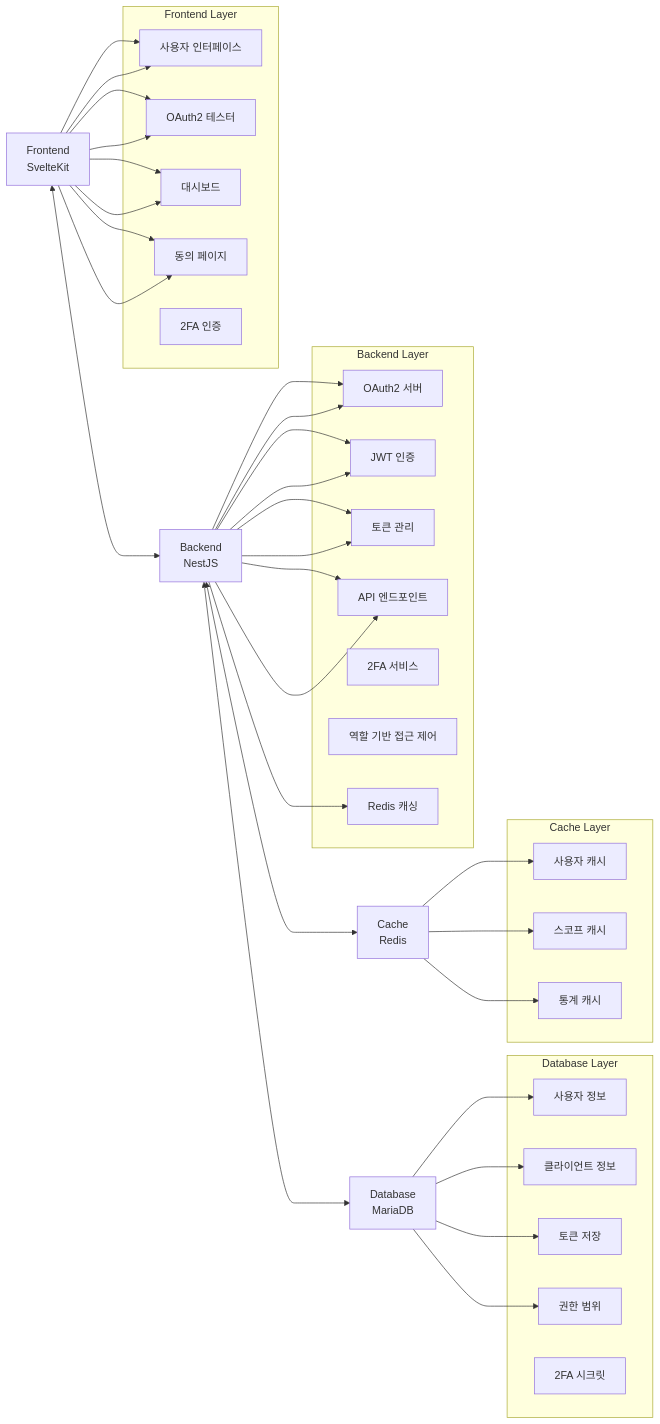
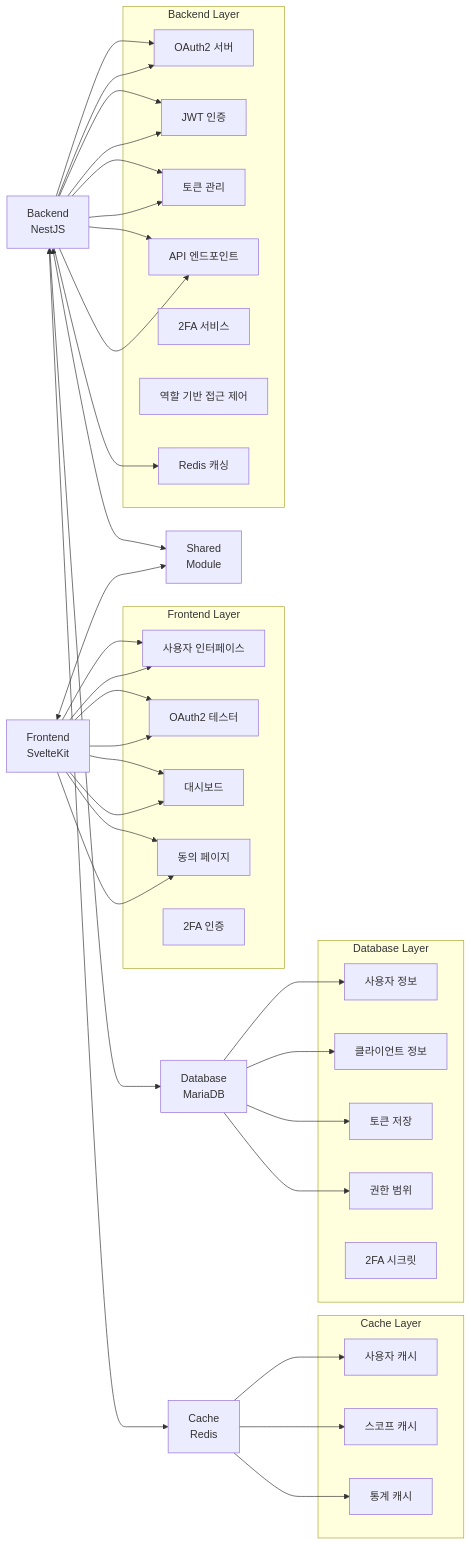
The diagram in README.md (vientofactory/FlowAuth), drawn with Mermaid before and after one commit. The commit also changed other lines of this file, not shown here.

Commit message:
Add shared module for centralized permissions and utility functions

````diff
--- a/README.md
+++ b/README.md
@@ -34,73 +35,75 @@
 ```mermaid
 flowchart LR
    FE[Frontend<br/>SvelteKit]
    BE[Backend<br/>NestJS]
+   SHARED[Shared<br/>Module]
    DB[Database<br/>MariaDB]
    REDIS[Cache<br/>Redis]
 
-   FE <--> BE
+   FE <--> SHARED
+   BE <--> SHARED
    BE <--> DB
    BE <--> REDIS
 
    subgraph "Frontend Layer"
       FE_UI[사용자 인터페이스]
       FE_Tester[OAuth2 테스터]
       FE_Dashboard[대시보드]
       FE_Consent[동의 페이지]
       FE_2FA[2FA 인증]
    end
 
    subgraph "Backend Layer"
       BE_OAuth2[OAuth2 서버]
       BE_JWT[JWT 인증]
       BE_Token[토큰 관리]
       BE_API[API 엔드포인트]
       BE_2FA[2FA 서비스]
       BE_RBAC[역할 기반 접근 제어]
       BE_Cache[Redis 캐싱]
    end
 
    subgraph "Database Layer"
       DB_User[사용자 정보]
       DB_Client[클라이언트 정보]
       DB_Token[토큰 저장]
       DB_Scope[권한 범위]
       DB_2FA[2FA 시크릿]
    end
 
    FE --> FE_UI
    FE --> FE_Tester
    FE --> FE_Dashboard
    FE --> FE_Consent
 
    BE --> BE_OAuth2
    BE --> BE_JWT
    BE --> BE_Token
    BE --> BE_API
 
    subgraph "Cache Layer"
       CACHE_User[사용자 캐시]
       CACHE_Scope[스코프 캐시]
       CACHE_Stats[통계 캐시]
    end
 
    FE --> FE_UI
    FE --> FE_Tester
    FE --> FE_Dashboard
    FE --> FE_Consent
 
    BE --> BE_OAuth2
    BE --> BE_JWT
    BE --> BE_Token
    BE --> BE_API
    BE --> BE_Cache
 
    DB --> DB_User
    DB --> DB_Client
    DB --> DB_Token
    DB --> DB_Scope
 
    REDIS --> CACHE_User
    REDIS --> CACHE_Scope
    REDIS --> CACHE_Stats
 ```
````
